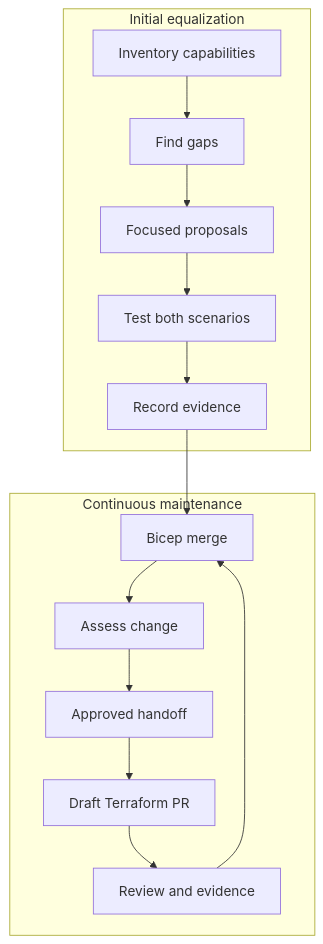
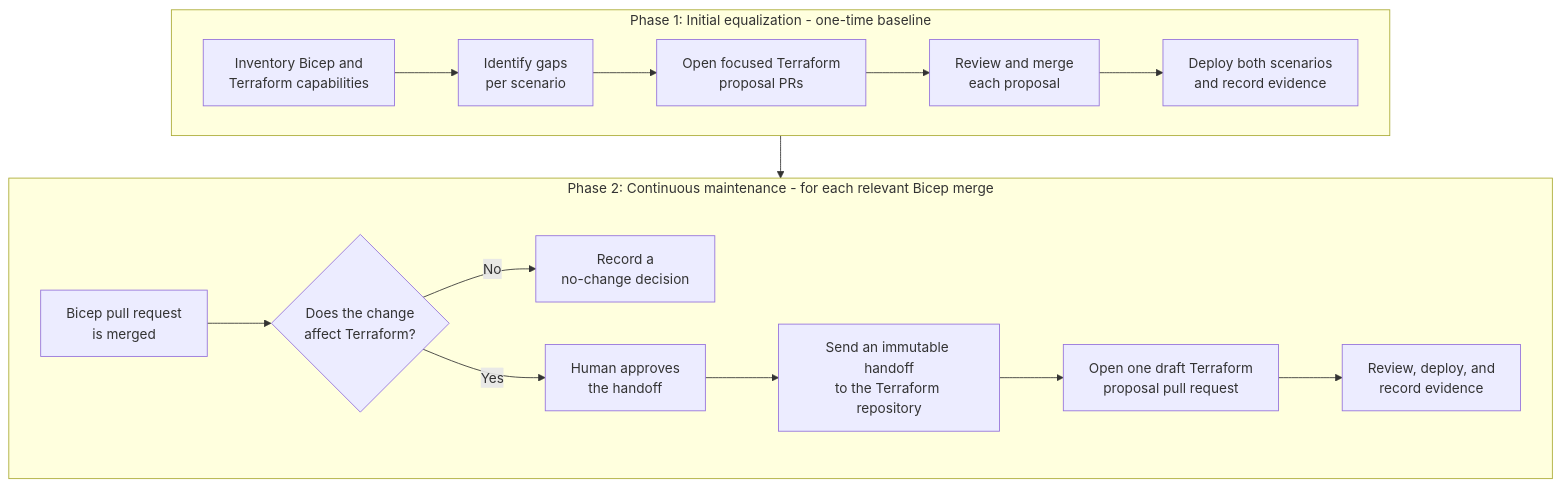
Before and after one commit to Azure/AI-Landing-Zones: the first of 2 diagrams in docs/terraform-parity.md, drawn with Mermaid. The commit also changed other lines of this file, not shown here.

Commit message:
docs: clarify Terraform parity for beginners

````diff
--- a/docs/terraform-parity.md
+++ b/docs/terraform-parity.md
@@ -31,19 +78,22 @@
 ```mermaid
 flowchart TB
-    subgraph Initial["Initial equalization"]
-        A["Inventory capabilities"] --> B["Find gaps"]
-        B --> C["Focused proposals"]
-        C --> D["Test both scenarios"]
-        D --> E["Record evidence"]
+    subgraph P1["Phase 1: Initial equalization - one-time baseline"]
+        direction LR
+        A["Inventory Bicep and<br/>Terraform capabilities"] --> B["Identify gaps<br/>per scenario"]
+        B --> C["Open focused Terraform<br/>proposal PRs"]
+        C --> D["Review and merge<br/>each proposal"]
+        D --> E["Deploy both scenarios<br/>and record evidence"]
     end
 
-    subgraph Ongoing["Continuous maintenance"]
-        F["Bicep merge"] --> G["Assess change"]
-        G --> H["Approved handoff"]
-        H --> I["Draft Terraform PR"]
-        I --> J["Review and evidence"]
-        J --> F
+    subgraph P2["Phase 2: Continuous maintenance - for each relevant Bicep merge"]
+        direction LR
+        F["Bicep pull request<br/>is merged"] --> G{"Does the change<br/>affect Terraform?"}
+        G -- No --> N["Record a<br/>no-change decision"]
+        G -- Yes --> H["Human approves<br/>the handoff"]
+        H --> I["Send an immutable handoff<br/>to the Terraform repository"]
+        I --> J["Open one draft Terraform<br/>proposal pull request"]
+        J --> K["Review, deploy, and<br/>record evidence"]
     end
 
-    E --> F
+    P1 --> P2
 ```
````
